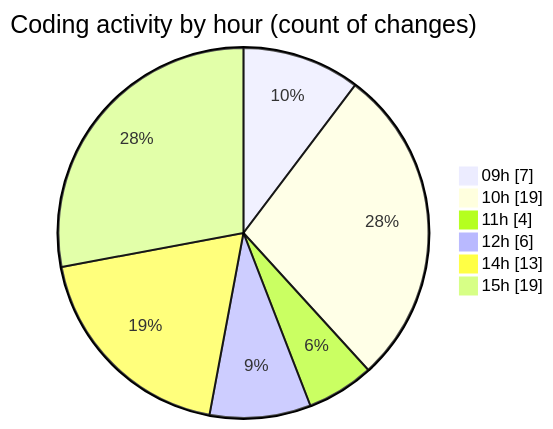
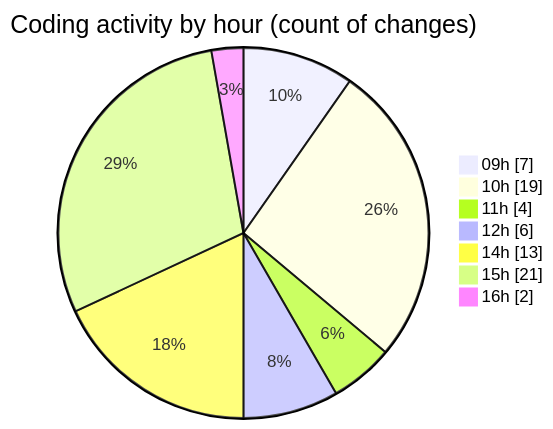
Before and after one commit to momahboobian/code-tracking: the second of 2 diagrams in 2025-11-12/cda/README.md, drawn with Mermaid. The commit also changed other lines of this file and 1 other file, not shown here.

````diff
--- a/2025-11-12/cda/README.md
+++ b/2025-11-12/cda/README.md
@@ -48,10 +48,11 @@
 ```mermaid
 pie showData
 title Coding activity by hour (count of changes)
 "09h" : 7
 "10h" : 19
 "11h" : 4
 "12h" : 6
 "14h" : 13
-"15h" : 19
+"15h" : 21
+"16h" : 2
 ```
````
